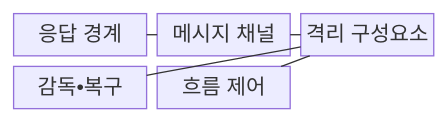
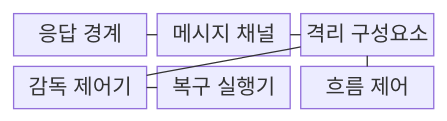
One commit to agnusdei1207/knowledge-base changed the first of 2 diagrams in src/content/docs/notes/08-latest-tech/168_reactive_system.md. Above: the diagram before and after it, drawn with Mermaid. The commit also changed other lines of this file and 20 other files, not shown here.

````diff
--- a/src/content/docs/notes/08-latest-tech/168_reactive_system.md
+++ b/src/content/docs/notes/08-latest-tech/168_reactive_system.md
@@ -69,13 +70,15 @@
 ```mermaid
 block-beta
   columns 3
   A["응답 경계"]
   B["메시지 채널"]
   C["격리 구성요소"]
-  D["감독•복구"]
+  D["감독 제어기"]
+  R["복구 실행기"]
   E["흐름 제어"]
   A --- B
   B --- C
   C --- D
+  D --- R
   C --- E
 ```
````
